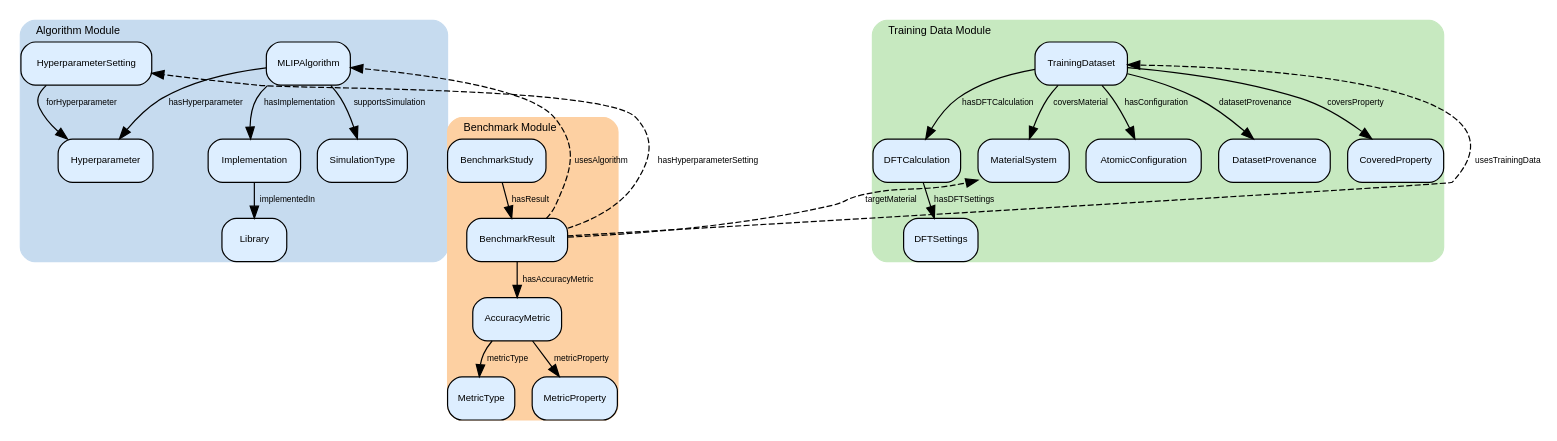
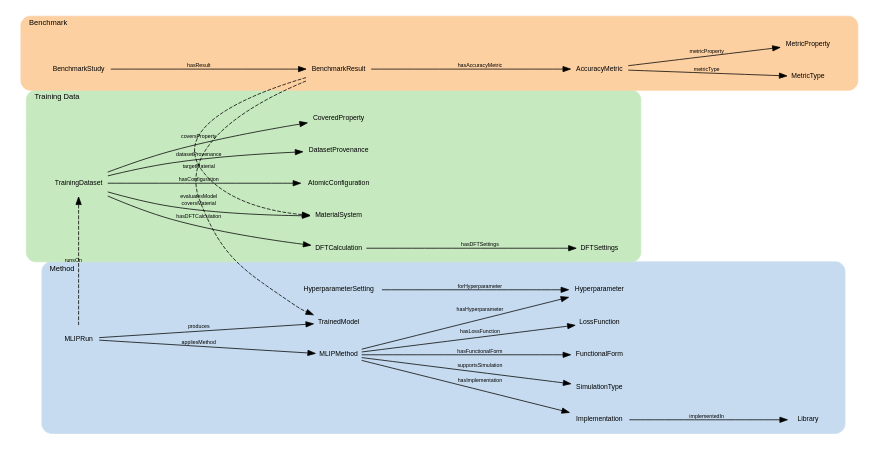
One commit to danielhz/mlips-ontology changed the diagram in artifacts/figures/mlips-overview.dot. Above: the diagram before and after it, drawn with Graphviz. The commit also changed 20 other files, not shown here.

```diff
--- a/artifacts/figures/mlips-overview.dot
+++ b/artifacts/figures/mlips-overview.dot
@@ -1,70 +1,87 @@
+// Overview of the MLIPs ontology — Graphviz layout source.
+// Render: dot -Tpdf mlips-overview.dot or via dot_to_tikz.py
+//
+// Visual conventions:
+//   * Modules are coloured cluster regions (no per-node borders).
+//   * Each node is plaintext on the cluster's coloured background.
+//   * Aspect: roughly 2:1 (wider than tall) — set via the size hint.
+
 digraph mlips_overview {
-  rankdir=TB;
+  rankdir=LR;
+  size="10,5!";
+  ratio=fill;
   fontname="Helvetica";
   fontsize=10;
-  node [fontname="Helvetica", fontsize=8, margin="0.08,0.03"];
+  node [fontname="Helvetica", fontsize=9, shape=plaintext, margin="0.04,0.02"];
   edge [fontname="Helvetica", fontsize=7];
-  nodesep=0.20;
+  nodesep=0.10;
   ranksep=0.30;
   margin=0;
   pad="0.02";
   compound=true;
   newrank=true;
+
   subgraph cluster_algorithm {
-    label="Algorithm Module";
+    label="Method";
     style="filled,rounded"; color="#c6dbef";
-    fontsize=9; labeljust=l;
-    MLIPAlgorithm [shape=box, style="rounded,filled", fillcolor="#ddeeff"];
-    Hyperparameter [shape=box, style="rounded,filled", fillcolor="#ddeeff"];
-    HyperparameterSetting [shape=box, style="rounded,filled", fillcolor="#ddeeff"];
-    Implementation [shape=box, style="rounded,filled", fillcolor="#ddeeff"];
-    Library [shape=box, style="rounded,filled", fillcolor="#ddeeff"];
-    SimulationType [shape=box, style="rounded,filled", fillcolor="#ddeeff"];
-    MLIPAlgorithm -> Hyperparameter [label="hasHyperparameter"];
-    MLIPAlgorithm -> Implementation [label="hasImplementation"];
-    MLIPAlgorithm -> SimulationType [label="supportsSimulation"];
+    fontsize=10; labeljust=l;
+    MLIPMethod;
+    Hyperparameter;
+    HyperparameterSetting;
+    Implementation;
+    Library;
+    SimulationType;
+    FunctionalForm;
+    LossFunction;
+    MLIPRun;
+    TrainedModel;
+    MLIPMethod -> Hyperparameter [label="hasHyperparameter"];
+    MLIPMethod -> Implementation [label="hasImplementation"];
+    MLIPMethod -> SimulationType [label="supportsSimulation"];
+    MLIPMethod -> FunctionalForm [label="hasFunctionalForm"];
+    MLIPMethod -> LossFunction [label="hasLossFunction"];
     Implementation -> Library [label="implementedIn"];
     HyperparameterSetting -> Hyperparameter [label="forHyperparameter"];
+    MLIPRun -> MLIPMethod [label="appliesMethod"];
+    MLIPRun -> TrainedModel [label="produces"];
   }
+
   subgraph cluster_training {
-    label="Training Data Module";
+    label="Training Data";
     style="filled,rounded"; color="#c7e9c0";
-    fontsize=9; labeljust=l;
-    TrainingDataset [shape=box, style="rounded,filled", fillcolor="#ddeeff"];
-    DFTCalculation [shape=box, style="rounded,filled", fillcolor="#ddeeff"];
-    DFTSettings [shape=box, style="rounded,filled", fillcolor="#ddeeff"];
-    MaterialSystem [shape=box, style="rounded,filled", fillcolor="#ddeeff"];
-    AtomicConfiguration [shape=box, style="rounded,filled", fillcolor="#ddeeff"];
-    DatasetProvenance [shape=box, style="rounded,filled", fillcolor="#ddeeff"];
-    CoveredProperty [shape=box, style="rounded,filled", fillcolor="#ddeeff"];
+    fontsize=10; labeljust=l;
+    TrainingDataset;
+    DFTCalculation;
+    DFTSettings;
+    MaterialSystem;
+    AtomicConfiguration;
+    DatasetProvenance;
+    CoveredProperty;
     TrainingDataset -> MaterialSystem [label="coversMaterial"];
     TrainingDataset -> DFTCalculation [label="hasDFTCalculation"];
     TrainingDataset -> CoveredProperty [label="coversProperty"];
     TrainingDataset -> DatasetProvenance [label="datasetProvenance"];
     TrainingDataset -> AtomicConfiguration [label="hasConfiguration"];
     DFTCalculation -> DFTSettings [label="hasDFTSettings"];
   }
-  { rank=same; MLIPAlgorithm; TrainingDataset; }
+
   subgraph cluster_benchmark {
-    label="Benchmark Module";
+    label="Benchmark";
     style="filled,rounded"; color="#fdd0a2";
-    fontsize=9; labeljust=l;
-    BenchmarkStudy [shape=box, style="rounded,filled", fillcolor="#ddeeff"];
-    BenchmarkResult [shape=box, style="rounded,filled", fillcolor="#ddeeff"];
-    AccuracyMetric [shape=box, style="rounded,filled", fillcolor="#ddeeff"];
-    MetricType [shape=box, style="rounded,filled", fillcolor="#ddeeff"];
-    MetricProperty [shape=box, style="rounded,filled", fillcolor="#ddeeff"];
+    fontsize=10; labeljust=l;
+    BenchmarkStudy;
+    BenchmarkResult;
+    AccuracyMetric;
+    MetricType;
+    MetricProperty;
     BenchmarkStudy -> BenchmarkResult [label="hasResult"];
     BenchmarkResult -> AccuracyMetric [label="hasAccuracyMetric"];
     AccuracyMetric -> MetricType [label="metricType"];
     AccuracyMetric -> MetricProperty [label="metricProperty"];
   }
-  // Layout: force top row above benchmark
-  MLIPAlgorithm -> BenchmarkStudy [style=invis];
-  TrainingDataset -> BenchmarkResult [style=invis];
-  // Cross-module relationships
-  BenchmarkResult -> MLIPAlgorithm [label="usesAlgorithm", constraint=false, style=dashed];
-  BenchmarkResult -> TrainingDataset [label="usesTrainingData", constraint=false, style=dashed];
-  BenchmarkResult -> MaterialSystem [label="targetMaterial", constraint=false, style=dashed];
-  BenchmarkResult -> HyperparameterSetting [label="hasHyperparameterSetting", constraint=false, style=dashed];
+
+  // Cross-module relationships (dashed)
+  MLIPRun         -> TrainingDataset [label="runsOn",          constraint=false, style=dashed];
+  BenchmarkResult -> TrainedModel    [label="evaluatesModel",  constraint=false, style=dashed];
+  BenchmarkResult -> MaterialSystem  [label="targetMaterial",  constraint=false, style=dashed];
 }
```
